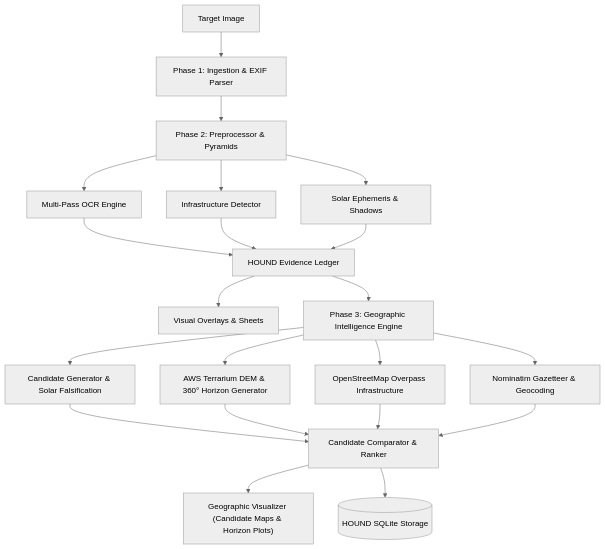
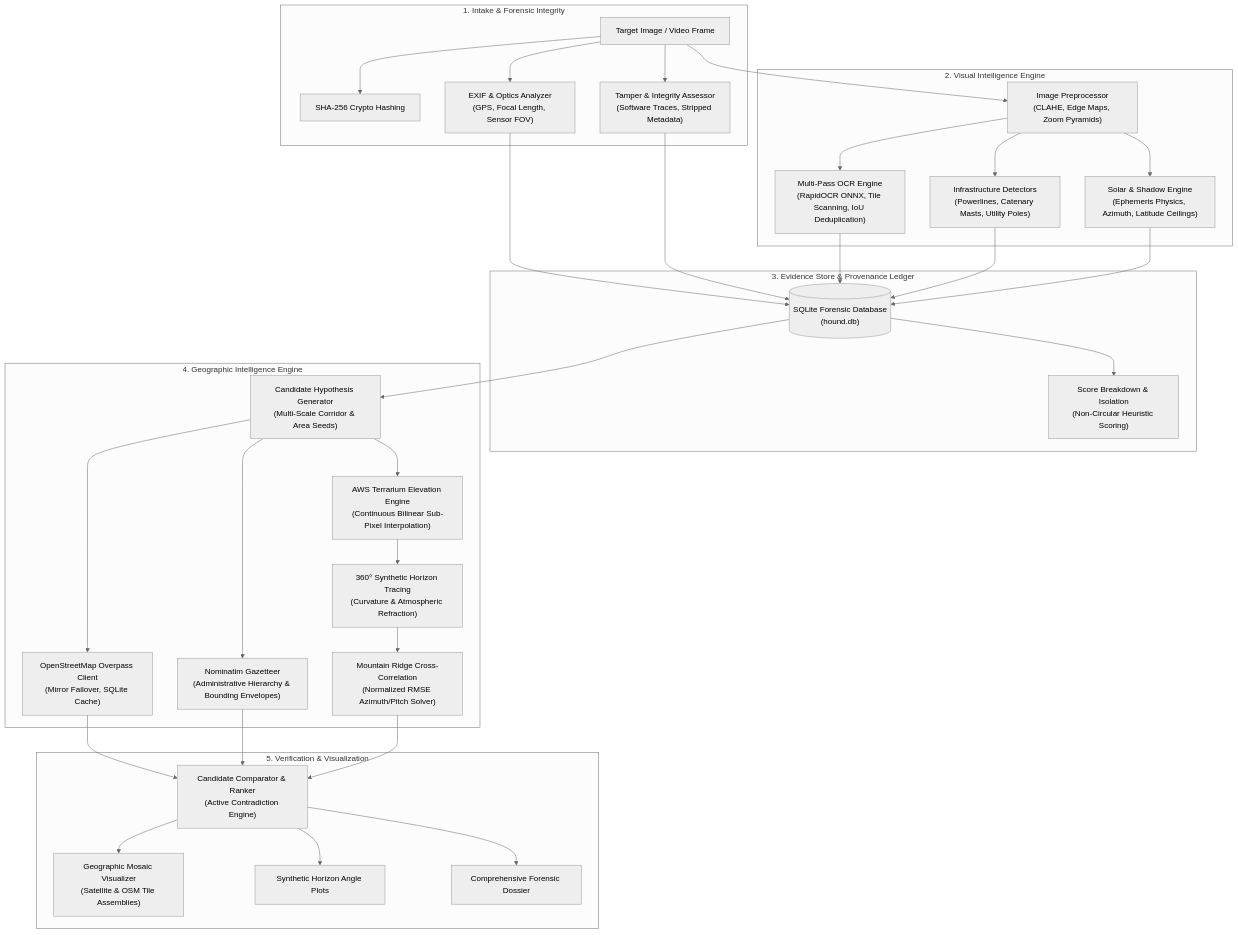
Before and after one commit to AIwolfie/Hound: the diagram in README.md, drawn with Mermaid (neutral theme). The commit also changed other lines of this file and 10 other files, not shown here.

````diff
--- a/README.md
+++ b/README.md
@@ -121,19 +47,36 @@
 ```mermaid
 flowchart TD
-    IMG["Target Image"] --> INTAKE["Phase 1: Ingestion & EXIF Parser"]
-    INTAKE --> PREP["Phase 2: Preprocessor & Pyramids"]
-    PREP --> OCR["Multi-Pass OCR Engine"]
-    PREP --> INFRA["Infrastructure Detector"]
-    PREP --> SHADOW["Solar Ephemeris & Shadows"]
-    OCR & INFRA & SHADOW --> EVID["HOUND Evidence Ledger"]
-    EVID --> OVERLAYS["Visual Overlays & Sheets"]
-    
-    EVID --> GEO["Phase 3: Geographic Intelligence Engine"]
-    GEO --> CAND_GEN["Candidate Generator & Solar Falsification"]
-    GEO --> DEM["AWS Terrarium DEM & 360° Horizon Generator"]
-    GEO --> OSM["OpenStreetMap Overpass Infrastructure"]
-    GEO --> GAZ["Nominatim Gazetteer & Geocoding"]
-    CAND_GEN & DEM & OSM & GAZ --> COMP["Candidate Comparator & Ranker"]
-    COMP --> MAPS["Geographic Visualizer (Candidate Maps & Horizon Plots)"]
-    COMP --> DB[("HOUND SQLite Storage")]
+    subgraph INTAKE ["1. Intake & Forensic Integrity"]
+        IMG["Target Image / Video Frame"] --> HASH["SHA-256 Crypto Hashing"]
+        IMG --> EXIF["EXIF & Optics Analyzer<br/>(GPS, Focal Length, Sensor FOV)"]
+        IMG --> INTEGRITY["Tamper & Integrity Assessor<br/>(Software Traces, Stripped Metadata)"]
+    end
+
+    subgraph VISION ["2. Visual Intelligence Engine"]
+        IMG --> PREP["Image Preprocessor<br/>(CLAHE, Edge Maps, Zoom Pyramids)"]
+        PREP --> OCR["Multi-Pass OCR Engine<br/>(RapidOCR ONNX, Tile Scanning, IoU Deduplication)"]
+        PREP --> INFRA["Infrastructure Detectors<br/>(Powerlines, Catenary Masts, Utility Poles)"]
+        PREP --> SOLAR["Solar & Shadow Engine<br/>(Ephemeris Physics, Azimuth, Latitude Ceilings)"]
+    end
+
+    subgraph LEDGER ["3. Evidence Store & Provenance Ledger"]
+        EXIF & INTEGRITY & OCR & INFRA & SOLAR --> DB[("SQLite Forensic Database<br/>(hound.db)")]
+        DB --> BREAKDOWN["Score Breakdown & Isolation<br/>(Non-Circular Heuristic Scoring)"]
+    end
+
+    subgraph GEOGRAPHY ["4. Geographic Intelligence Engine"]
+        DB --> CAND_GEN["Candidate Hypothesis Generator<br/>(Multi-Scale Corridor & Area Seeds)"]
+        CAND_GEN --> OSM["OpenStreetMap Overpass Client<br/>(Mirror Failover, SQLite Cache)"]
+        CAND_GEN --> GAZ["Nominatim Gazetteer<br/>(Administrative Hierarchy & Bounding Envelopes)"]
+        CAND_GEN --> DEM["AWS Terrarium Elevation Engine<br/>(Continuous Bilinear Sub-Pixel Interpolation)"]
+        DEM --> HORIZON["360° Synthetic Horizon Tracing<br/>(Curvature & Atmospheric Refraction)"]
+        HORIZON --> RIDGE["Mountain Ridge Cross-Correlation<br/>(Normalized RMSE Azimuth/Pitch Solver)"]
+    end
+
+    subgraph EVALUATION ["5. Verification & Visualization"]
+        OSM & GAZ & RIDGE --> COMPARATOR["Candidate Comparator & Ranker<br/>(Active Contradiction Engine)"]
+        COMPARATOR --> MAP_GEN["Geographic Mosaic Visualizer<br/>(Satellite & OSM Tile Assemblies)"]
+        COMPARATOR --> HORIZON_PLOT["Synthetic Horizon Angle Plots"]
+        COMPARATOR --> REPORTS["Comprehensive Forensic Dossier"]
+    end
 ```
````
